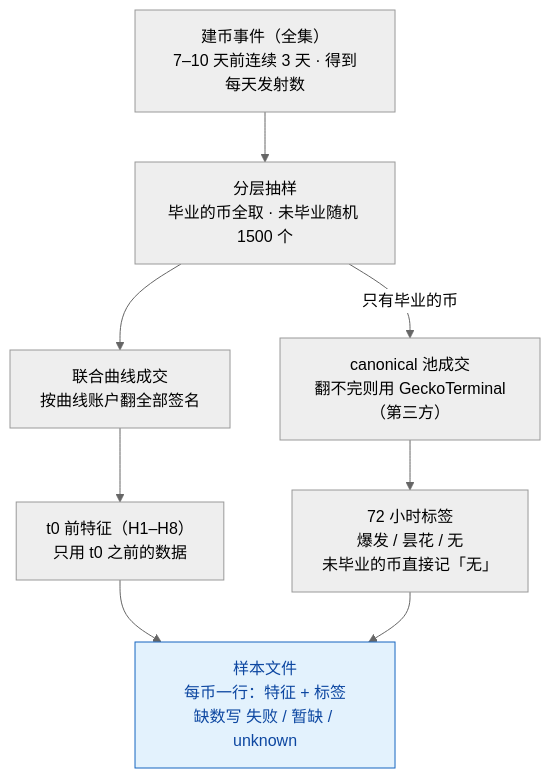
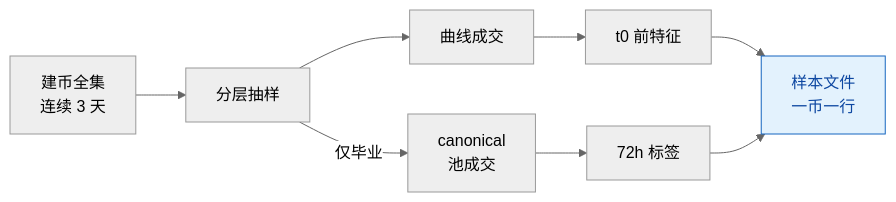
One commit to JulyWA/lp-monitor-3.0-snapshot changed the fourth of 4 diagrams in docs/meme/TASK-meme-token-watch-stage0-draft.md. Above: the diagram before and after it, drawn with Mermaid (neutral theme). The commit also changed other lines of this file, not shown here.

First line of the commit message:
docs(meme)：图解改紧凑，避免 GitHub 上被折行和裁切

````diff
--- a/docs/meme/TASK-meme-token-watch-stage0-draft.md
+++ b/docs/meme/TASK-meme-token-watch-stage0-draft.md
@@ -194,11 +195,7 @@
 ```mermaid
-flowchart TB
-  A["建币事件（全集）<br/>7–10 天前连续 3 天 · 得到每天发射数"] --> B["分层抽样<br/>毕业的币全取 · 未毕业随机 1500 个"]
-  B --> C["联合曲线成交<br/>按曲线账户翻全部签名"]
-  C --> D["t0 前特征（H1–H8）<br/>只用 t0 之前的数据"]
-  B -->|"只有毕业的币"| E["canonical 池成交<br/>翻不完则用 GeckoTerminal（第三方）"]
-  E --> F["72 小时标签<br/>爆发 / 昙花 / 无<br/>未毕业的币直接记「无」"]
-  D --> G["样本文件<br/>每币一行：特征 + 标签<br/>缺数写 失败 / 暂缺 / unknown"]:::out
-  F --> G
+flowchart LR
+  A["建币全集<br/>连续 3 天"] --> B["分层抽样"]
+  B --> C["曲线成交"] --> D["t0 前特征"] --> G["样本文件<br/>一币一行"]:::out
+  B -->|"仅毕业"| E["canonical<br/>池成交"] --> F["72h 标签"] --> G
   classDef out fill:#e3f2fd,stroke:#1565c0,color:#0d47a1
 ```
````
